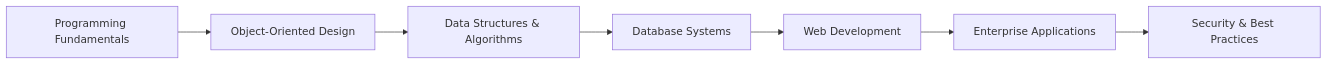
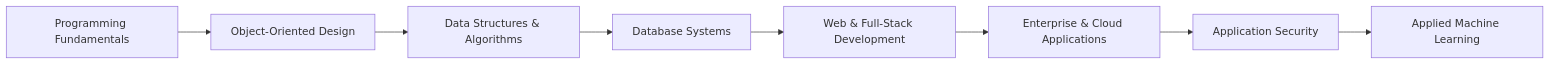
One commit to omniV1/GCU_SWE_2023-2025 changed the diagram in README.md. Above: the diagram before and after it, drawn with Mermaid. The commit also changed other lines of this file and 1 other file, not shown here.

````diff
--- a/README.md
+++ b/README.md
@@ -175,9 +383,10 @@
 ```mermaid
 graph LR
     A[Programming Fundamentals] --> B[Object-Oriented Design]
-    B --> C[Data Structures & Algorithms] 
+    B --> C[Data Structures & Algorithms]
     C --> D[Database Systems]
-    D --> E[Web Development]
-    E --> F[Enterprise Applications]
-    F --> G[Security & Best Practices]
+    D --> E[Web & Full-Stack Development]
+    E --> F[Enterprise & Cloud Applications]
+    F --> G[Application Security]
+    G --> H[Applied Machine Learning]
 ```
````
